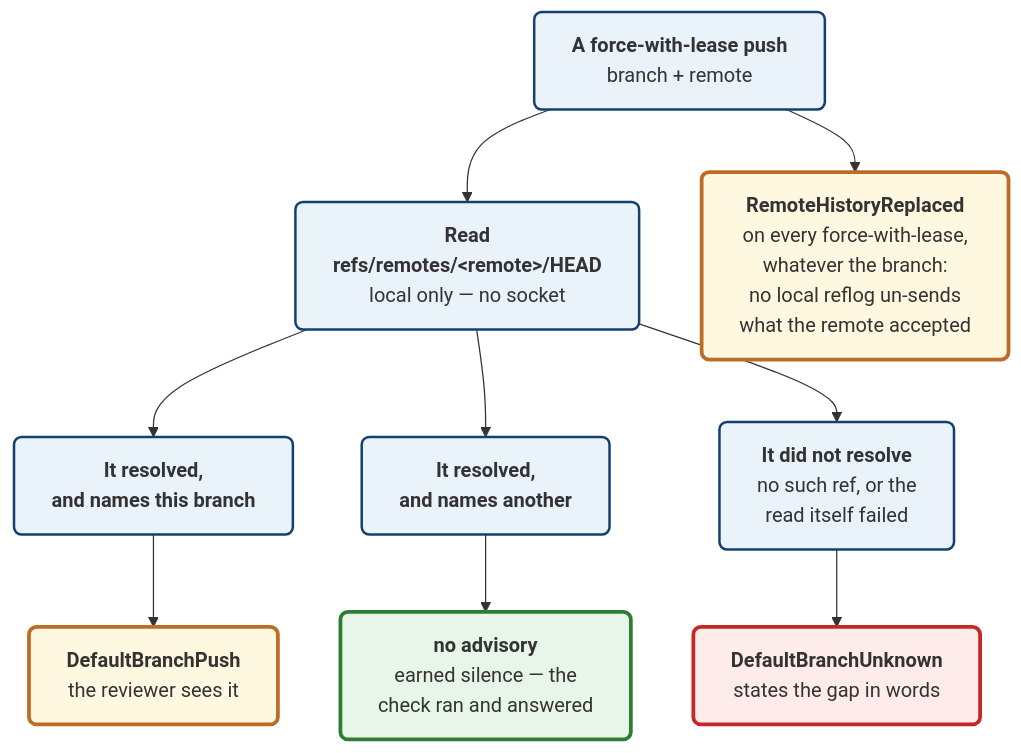
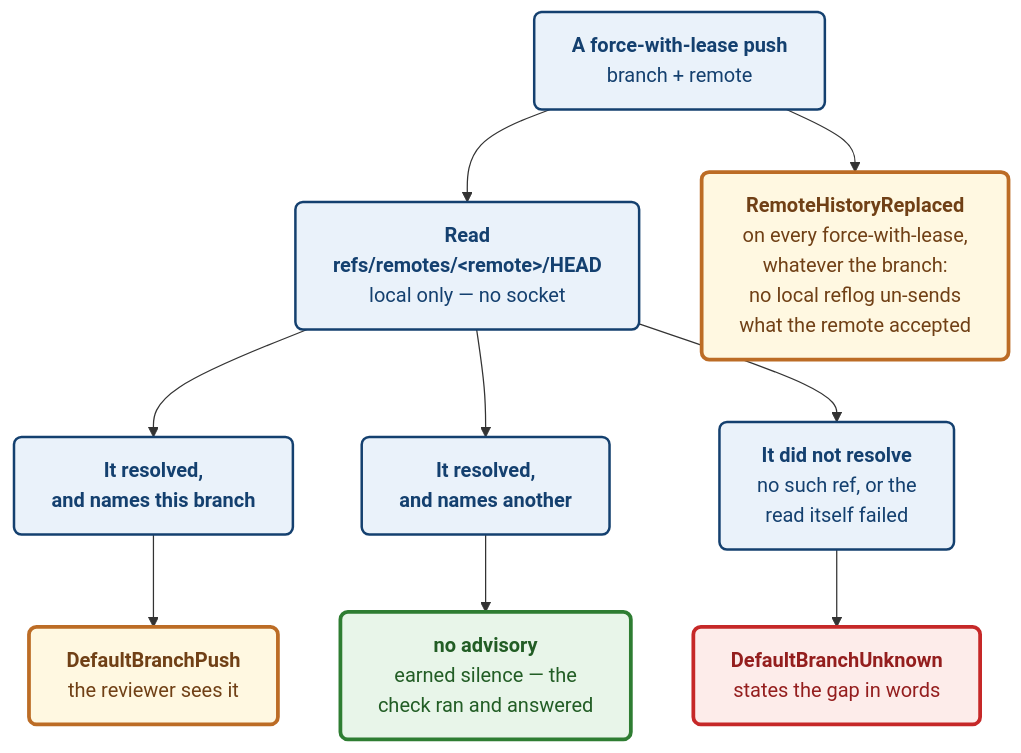
The diagram in docs/adr/0061-plans-carry-advisories.md (tom2025b/git-vista), drawn with Mermaid before and after one commit. The commit also changed 21 other files, not shown here.

````diff
--- a/docs/adr/0061-plans-carry-advisories.md
+++ b/docs/adr/0061-plans-carry-advisories.md
@@ -104,54 +104,39 @@
 ```mermaid
 ---
 config:
   flowchart:
     wrappingWidth: 450
 ---
 flowchart TD
-    F["`**A force-with-lease push**
-    branch + remote`"]
-    R["`**Read
-    refs/remotes/&lt;remote&gt;/HEAD**
-    local only — no socket`"]
+    F["<b>A force-with-lease push</b><br/>branch + remote"]
+    R["<b>Read<br/>refs/remotes/&lt;remote&gt;/HEAD</b><br/>local only — no socket"]
 
-    Y["`**It resolved,
-    and names this branch**`"]
-    N["`**It resolved,
-    and names another**`"]
-    U["`**It did not resolve**
-    no such ref, or the
-    read itself failed`"]
+    Y["<b>It resolved,<br/>and names this branch</b>"]
+    N["<b>It resolved,<br/>and names another</b>"]
+    U["<b>It did not resolve</b><br/>no such ref, or the<br/>read itself failed"]
 
-    A1["`**DefaultBranchPush**
-    the reviewer sees it`"]
-    A2["`**no advisory**
-    earned silence — the
-    check ran and answered`"]
-    A3["`**DefaultBranchUnknown**
-    states the gap in words`"]
+    A1["<b>DefaultBranchPush</b><br/>the reviewer sees it"]
+    A2["<b>no advisory</b><br/>earned silence — the<br/>check ran and answered"]
+    A3["<b>DefaultBranchUnknown</b><br/>states the gap in words"]
 
-    ALL["`**RemoteHistoryReplaced**
-    on every force-with-lease,
-    whatever the branch:
-    no local reflog un-sends
-    what the remote accepted`"]
+    ALL["<b>RemoteHistoryReplaced</b><br/>on every force-with-lease,<br/>whatever the branch:<br/>no local reflog un-sends<br/>what the remote accepted"]
 
     F --> R
     R --> Y
     R --> N
     R --> U
     Y --> A1
     N --> A2
     U --> A3
     F --> ALL
 
-    classDef ask fill:#eaf2fa,stroke:#14406f,stroke-width:2px,rx:6,ry:6
-    classDef warn fill:#fff8e1,stroke:#bc6c25,stroke-width:3px,rx:6,ry:6
-    classDef quiet fill:#e8f5e9,stroke:#2e7d32,stroke-width:3px,rx:6,ry:6
-    classDef gap fill:#fdecea,stroke:#c62828,stroke-width:3px,rx:6,ry:6
+    classDef ask fill:#eaf2fa,stroke:#14406f,stroke-width:2px,rx:6,ry:6,color:#14406f
+    classDef warn fill:#fff8e1,stroke:#bc6c25,stroke-width:3px,rx:6,ry:6,color:#704016
+    classDef quiet fill:#e8f5e9,stroke:#2e7d32,stroke-width:3px,rx:6,ry:6,color:#225d25
+    classDef gap fill:#fdecea,stroke:#c62828,stroke-width:3px,rx:6,ry:6,color:#941e1e
 
     class F,R,Y,N,U ask
     class A1,ALL warn
     class A2 quiet
     class A3 gap
 ```
````
